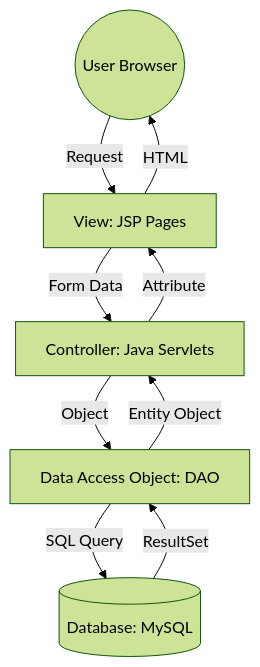
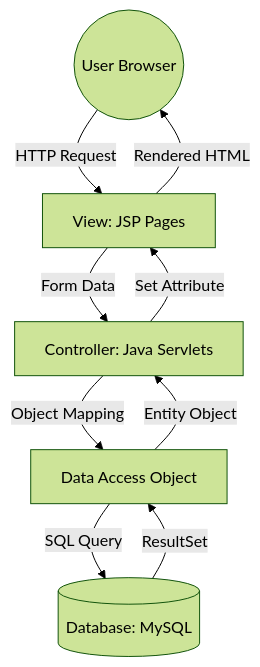
Before and after one commit to Mahesh-Konarasipalli/Job-Portal-Java-MVC: the diagram in README.md, drawn with Mermaid (forest theme). The commit also changed other lines of this file, not shown here.

````diff
--- a/README.md
+++ b/README.md
@@ -27,11 +31,11 @@
 ```mermaid
 graph TD
-    User((User Browser)) -->|Request| JSP[View: JSP Pages]
+    User((User Browser)) -->|HTTP Request| JSP[View: JSP Pages]
     JSP -->|Form Data| Servlet[Controller: Java Servlets]
-    Servlet -->|Object| DAO[Data Access Object: DAO]
+    Servlet -->|Object Mapping| DAO[Data Access Object]
     DAO -->|SQL Query| MySQL[(Database: MySQL)]
     MySQL -->|ResultSet| DAO
     DAO -->|Entity Object| Servlet
-    Servlet -->|Attribute| JSP
-    JSP -->|HTML| User
+    Servlet -->|Set Attribute| JSP
+    JSP -->|Rendered HTML| User
 ```
````
